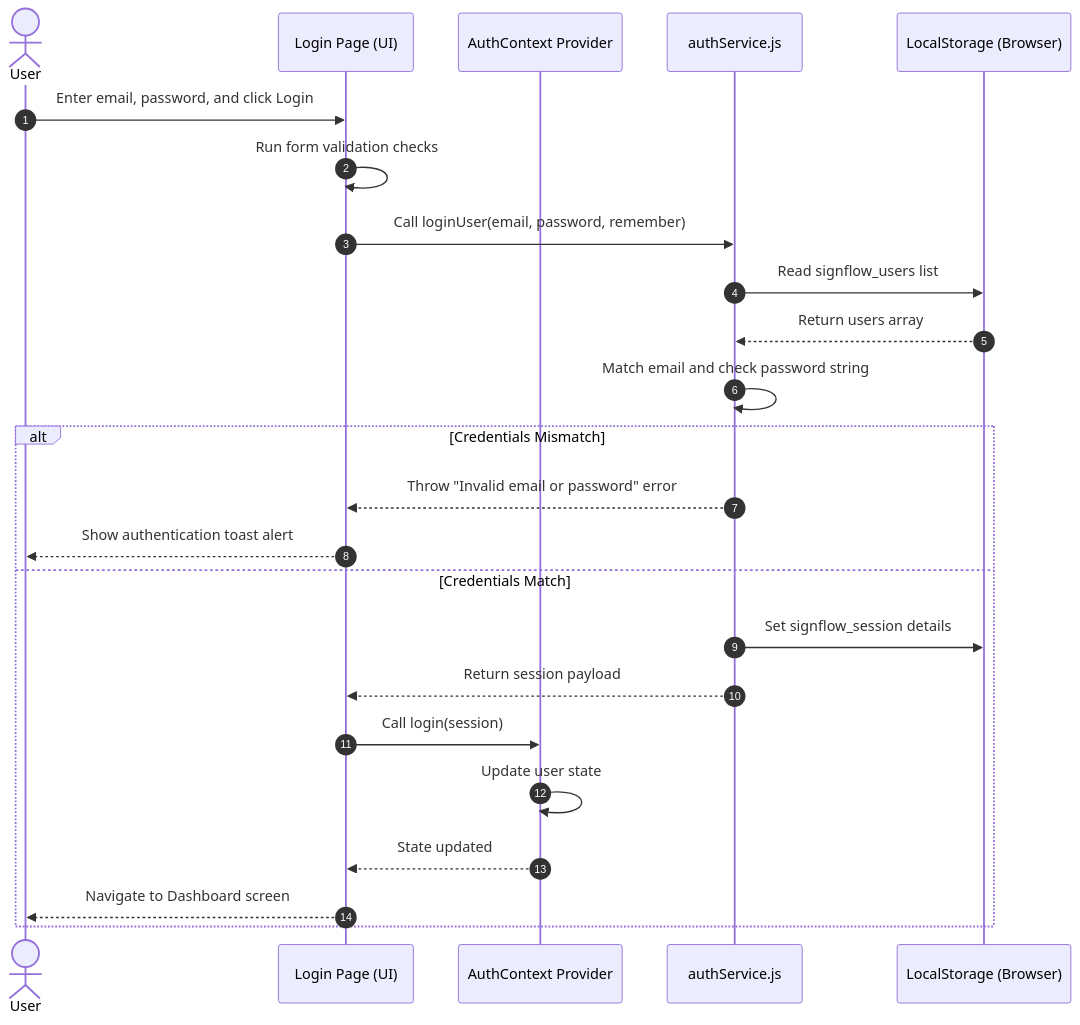
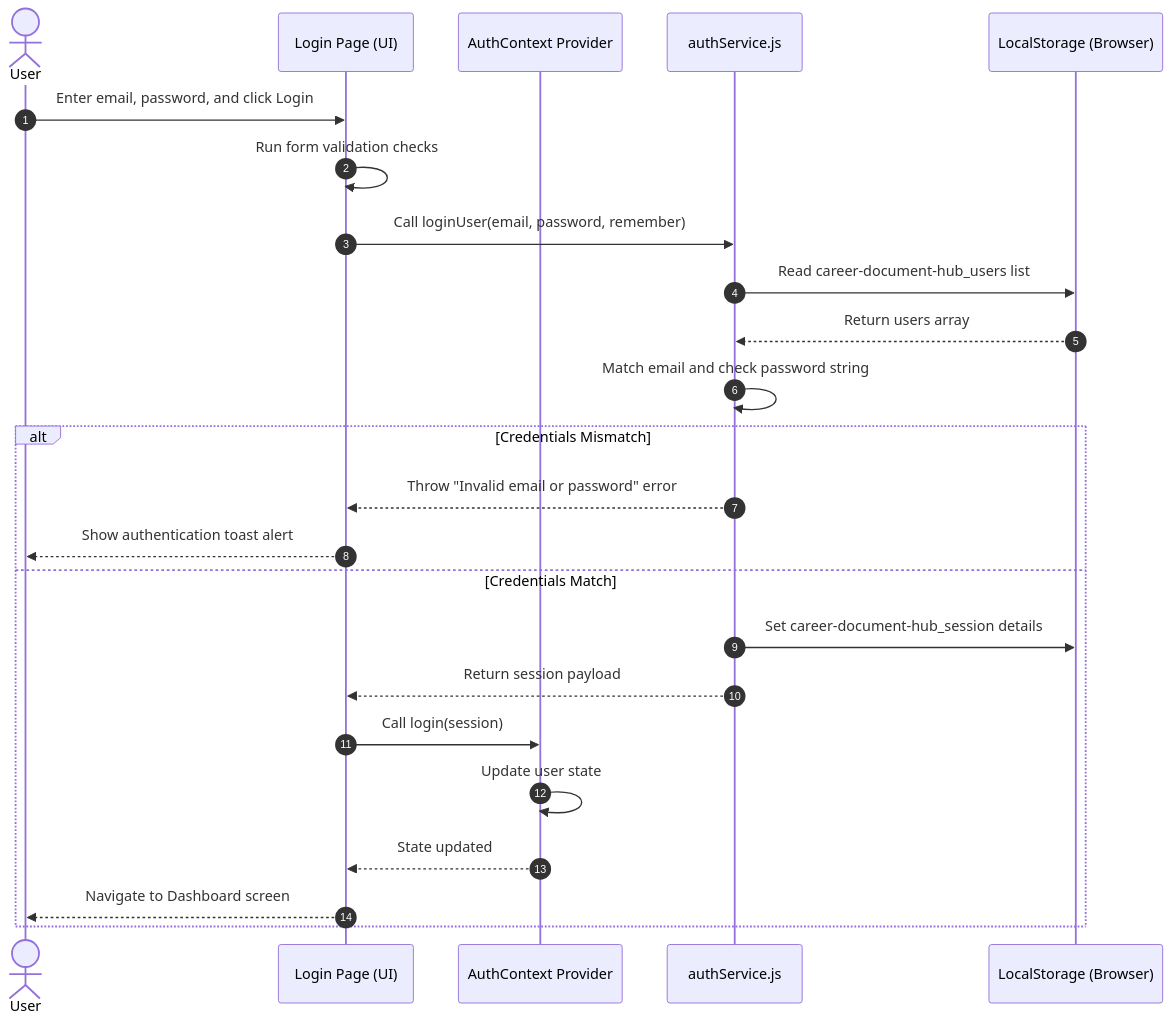
One commit to silent-knight-22/career-document-hub changed diagram 11 of 13 in Frontend-Technical-Design.md. Above: the diagram before and after it, drawn with Mermaid. The commit also changed other lines of this file and 21 other files, not shown here.

Commit message:
feat: rebrand to career-document-hub, fix pdf signature loop, swap to groq API, and add signature customizer

````diff
--- a/Frontend-Technical-Design.md
+++ b/Frontend-Technical-Design.md
@@ -602,27 +602,27 @@
 ```mermaid
 sequenceDiagram
     autonumber
     actor User
     participant UI as Login Page (UI)
     participant Context as AuthContext Provider
     participant Svc as authService.js
     participant Storage as LocalStorage (Browser)
 
     User->>UI: Enter email, password, and click Login
     UI->>UI: Run form validation checks
     UI->>Svc: Call loginUser(email, password, remember)
-    Svc->>Storage: Read signflow_users list
+    Svc->>Storage: Read career-document-hub_users list
     Storage-->>Svc: Return users array
     Svc->>Svc: Match email and check password string
     alt Credentials Mismatch
         Svc-->>UI: Throw "Invalid email or password" error
         UI-->>User: Show authentication toast alert
     else Credentials Match
-        Svc->>Storage: Set signflow_session details
+        Svc->>Storage: Set career-document-hub_session details
         Svc-->>UI: Return session payload
         UI->>Context: Call login(session)
         Context->>Context: Update user state
         Context-->>UI: State updated
         UI-->>User: Navigate to Dashboard screen
     end
 ```
````
